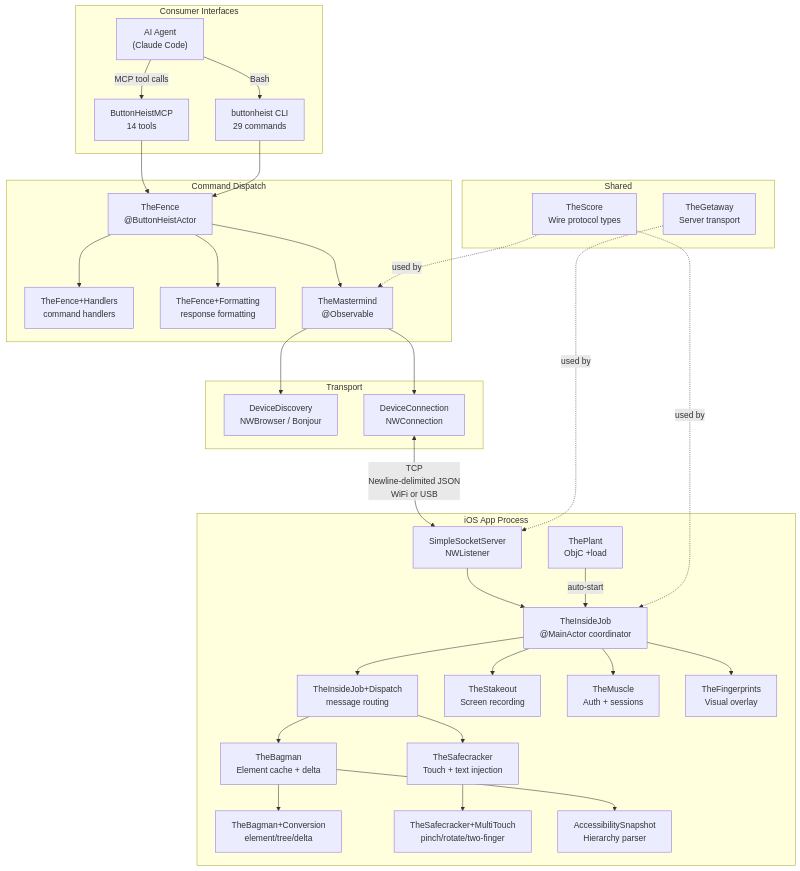
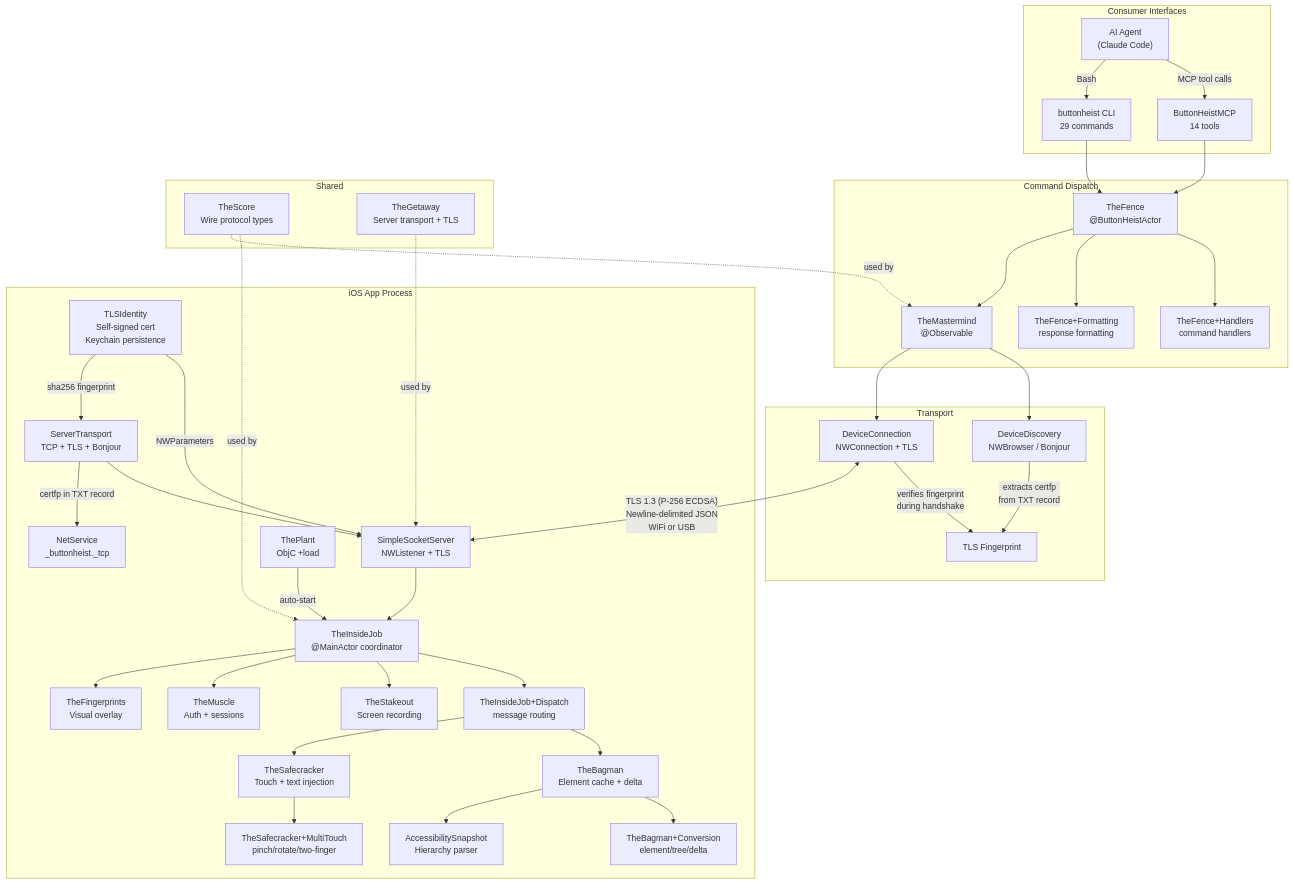
Before and after one commit to RoyalPineapple/TheButtonHeist: the diagram in .rp1/context/architecture.md, drawn with Mermaid. The commit also changed other lines of this file and 23 other files, not shown here.

````diff
--- a/.rp1/context/architecture.md
+++ b/.rp1/context/architecture.md
@@ -7,45 +7,51 @@
 ```mermaid
 graph TB
     subgraph consumers["Consumer Interfaces"]
         Agent["AI Agent<br/>(Claude Code)"] -->|MCP tool calls| MCP["ButtonHeistMCP<br/>14 tools"]
         Agent -->|Bash| CLI["buttonheist CLI<br/>29 commands"]
     end
 
     subgraph dispatch["Command Dispatch"]
         MCP --> TF["TheFence<br/>@ButtonHeistActor"]
         CLI --> TF
         TF --> TFH["TheFence+Handlers<br/>command handlers"]
         TF --> TFF["TheFence+Formatting<br/>response formatting"]
         TF --> TM["TheMastermind<br/>@Observable"]
     end
 
     subgraph transport["Transport"]
         TM --> DD["DeviceDiscovery<br/>NWBrowser / Bonjour"]
-        TM --> DC["DeviceConnection<br/>NWConnection"]
+        DD -->|extracts certfp<br/>from TXT record| FP["TLS Fingerprint"]
+        TM --> DC["DeviceConnection<br/>NWConnection + TLS"]
+        DC -->|verifies fingerprint<br/>during handshake| FP
     end
 
-    DC <-->|"TCP<br/>Newline-delimited JSON<br/>WiFi or USB"| SS
+    DC <-->|"TLS 1.3 (P-256 ECDSA)<br/>Newline-delimited JSON<br/>WiFi or USB"| SS
 
     subgraph ios["iOS App Process"]
-        SS["SimpleSocketServer<br/>NWListener"] --> IJ["TheInsideJob<br/>@MainActor coordinator"]
+        TLSI["TLSIdentity<br/>Self-signed cert<br/>Keychain persistence"] -->|NWParameters| SS
+        TLSI -->|sha256 fingerprint| ST
+        SS["SimpleSocketServer<br/>NWListener + TLS"] --> IJ["TheInsideJob<br/>@MainActor coordinator"]
+        ST["ServerTransport<br/>TCP + TLS + Bonjour"] --> SS
+        ST -->|certfp in TXT record| Bonjour["NetService<br/>_buttonheist._tcp"]
         IJ --> IJD["TheInsideJob+Dispatch<br/>message routing"]
         IJD --> TBag["TheBagman<br/>Element cache + delta"]
         IJD --> TSC["TheSafecracker<br/>Touch + text injection"]
         TBag --> TBC["TheBagman+Conversion<br/>element/tree/delta"]
         TSC --> TSCM["TheSafecracker+MultiTouch<br/>pinch/rotate/two-finger"]
         IJ --> TSt["TheStakeout<br/>Screen recording"]
         IJ --> TMu["TheMuscle<br/>Auth + sessions"]
         IJ --> TFP["TheFingerprints<br/>Visual overlay"]
         TP["ThePlant<br/>ObjC +load"] -->|auto-start| IJ
         TBag --> ASP["AccessibilitySnapshot<br/>Hierarchy parser"]
     end
 
     subgraph shared["Shared"]
         TS["TheScore<br/>Wire protocol types"]
-        TG["TheGetaway<br/>Server transport"]
+        TG["TheGetaway<br/>Server transport + TLS"]
     end
 
     TS -.->|used by| IJ
     TS -.->|used by| TM
     TG -.->|used by| SS
 ```
````
